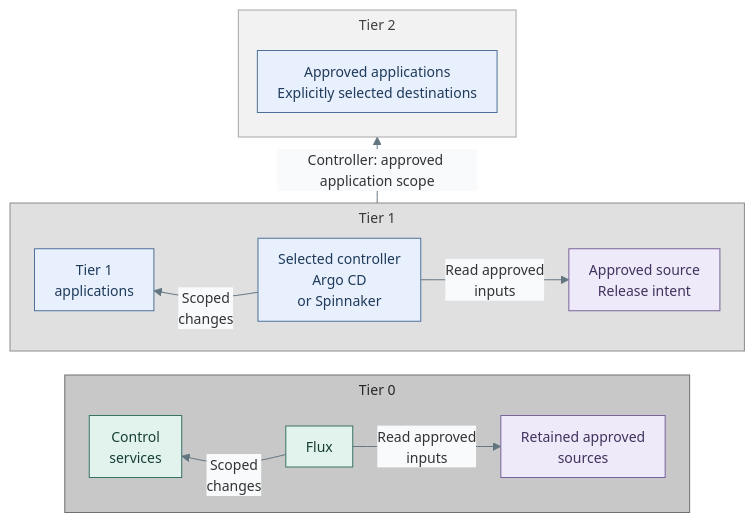
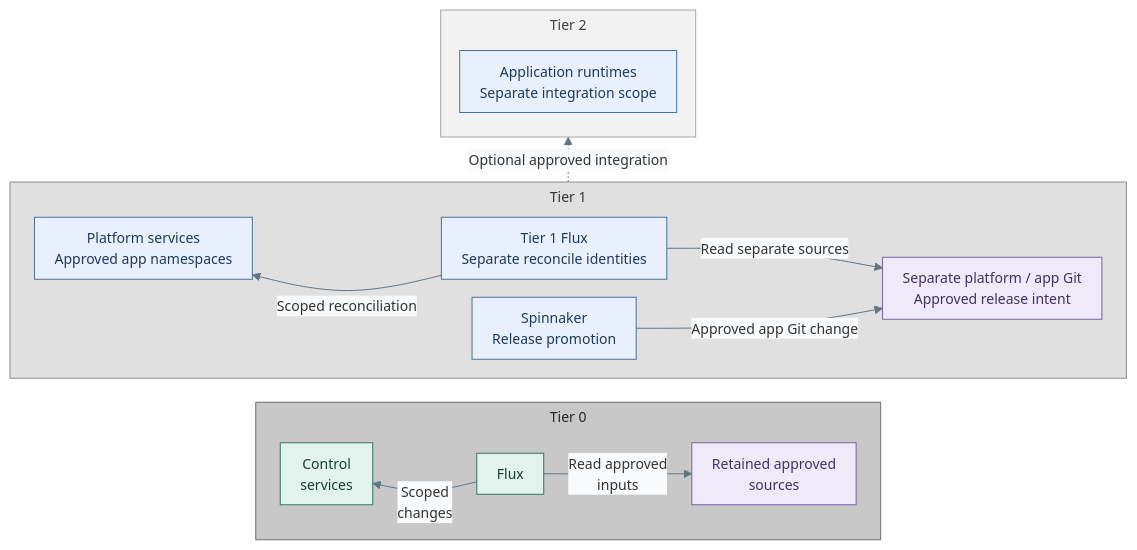
The diagram in docs/01-architecture/10-delivery/02-controllers.md (Rexus/homelab), drawn with Mermaid before and after one commit. The commit also changed other lines of this file and 161 other files, not shown here.

Commit message:
feat(delivery): manage Tier 1 platform services with Flux

````diff
--- a/docs/01-architecture/10-delivery/02-controllers.md
+++ b/docs/01-architecture/10-delivery/02-controllers.md
@@ -9,40 +10,42 @@
 ```mermaid
 %%{init: {"theme":"base","flowchart":{"nodeSpacing":18,"rankSpacing":24,"padding":10,"wrappingWidth":300,"subGraphTitleMargin":{"top":4,"bottom":12}},"themeVariables":{"lineColor":"#627581","edgeLabelBackground":"#f8fafc","fontFamily":"Arial, sans-serif","fontSize":"14px"},"fontFamily":"Arial, sans-serif"}}%%
 flowchart BT
   subgraph T2["Tier 2"]
-    Workload["Approved applications<br/>Explicitly selected destinations"]
+    Workload["Application runtimes<br/>Separate integration scope"]
   end
   subgraph T1["Tier 1"]
     direction LR
-    Platform["Tier 1<br/>applications"]
-    D["Selected controller<br/>Argo CD<br/>or Spinnaker"]
-    Release["Approved source<br/>Release intent"]
-    Platform ~~~ D
-    D -- "Scoped<br/>changes" --> Platform
-    D -- "Read approved<br/>inputs" --> Release
+    Platform["Platform services<br/>Approved app namespaces"]
+    D["Spinnaker<br/>Release promotion"]
+    PF["Tier 1 Flux<br/>Separate reconcile identities"]
+    Release["Separate platform / app Git<br/>Approved release intent"]
+    Platform ~~~ PF
+    PF -- "Scoped reconciliation" --> Platform
+    PF -- "Read separate sources" --> Release
+    D -- "Approved app Git change" --> Release
   end
   subgraph T0["Tier 0"]
     direction LR
     Control["Control<br/>services"]
     F["Flux"]
     Approved["Retained approved<br/>sources"]
     Control ~~~ F
     F -- "Scoped<br/>changes" --> Control
     F -- "Read approved<br/>inputs" --> Approved
   end
   T0 ~~~ T1
-  T1 -- "Controller: approved application scope" --> T2
+  T1 -. "Optional approved integration" .-> T2
   classDef default fill:#f8fafc,stroke:#64748b,color:#1f2937
   classDef services fill:#e7f0fc,stroke:#4d719b,color:#203a5b
   classDef control fill:#e2f3ed,stroke:#397366,color:#173f36
   classDef data fill:#eeeafa,stroke:#78639b,color:#42325d
-  class Workload,Platform,D services
+  class Workload,Platform,D,PF services
   class F,Control control
   class Release,Approved data
   classDef tier0 fill:#c8c8c8,stroke:#707070,color:#262626
   class T0 tier0
   classDef tier1 fill:#e0e0e0,stroke:#8c8c8c,color:#363636
   class T1 tier1
   classDef tier2 fill:#f2f2f2,stroke:#a6a6a6,color:#404040
   class T2 tier2
 ```
````
